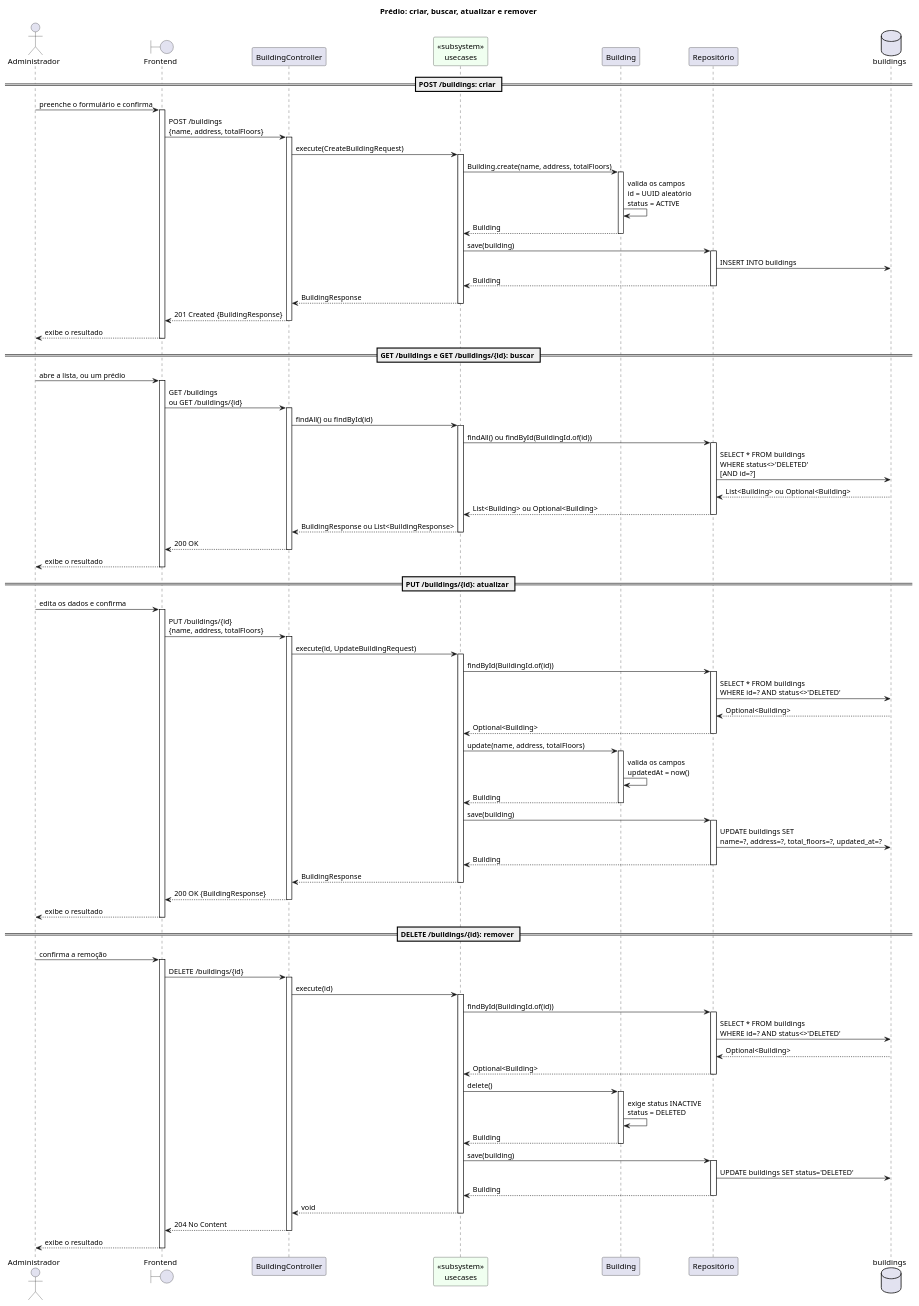
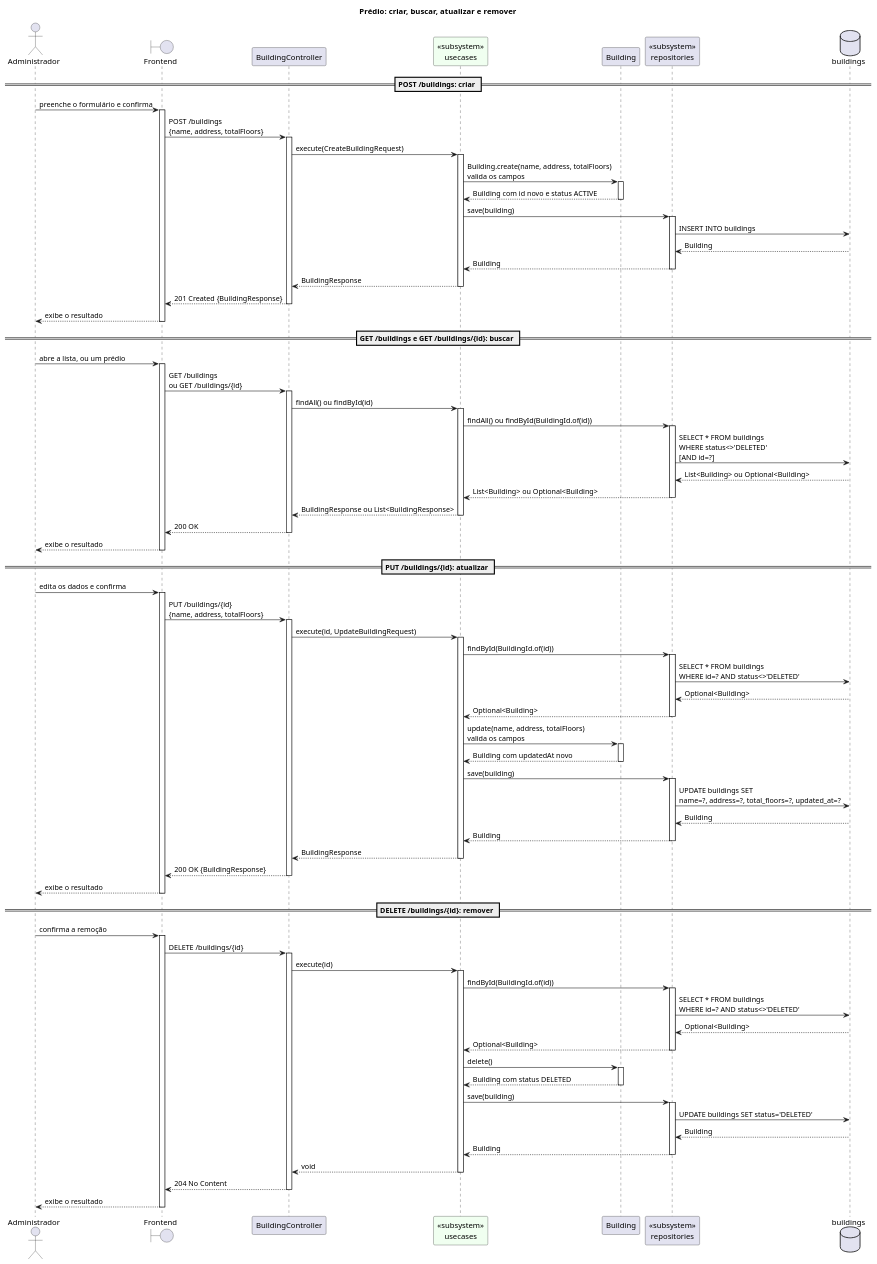
Before and after one commit to Neoguara/rooms-diagrams: the diagram in src/plantuml/sequencia/simples/building.puml, drawn with PlantUML. The commit also changed 5 other files, not shown here.

```diff
--- a/src/plantuml/sequencia/simples/building.puml
+++ b/src/plantuml/sequencia/simples/building.puml
@@ -1,152 +1,152 @@
 @startuml building_simples
 
 ' Recorte de prédio do módulo room, inteiro em um arquivo, no estilo simplista. Os
 ' diagramas completos continuam em sequencia/building/, e é lá que estão os desvios.
 '
 ' Quatro cortes em relação a eles:
-'   1. BuildingRepositoryPort e BuildingRepositoryImpl viram um participante só.
+'   1. Porta e implementação viram um participante só, tipado como «subsystem».
 '   2. Só o caminho de sucesso. Nenhum alt: os erros (404, 422) estão nos diagramas
 '      completos, e as guardas de status estão em estado/building_status.puml.
-'   3. Colaborador sem regra própria vira mensagem para si mesmo.
+'   3. Nenhuma mensagem para si mesmo: fluxo interno não é troca entre participantes.
 '   4. Ativação só em trecho reto, abrindo e fechando no mesmo nível.
 '
 ' A camada de caso de uso é uma raia só, tipada como «subsystem». Ela não representa uma
 ' classe: representa a camada. As classes estão em classe/simples/room/building.puml.
 '
 ' O PATCH /buildings/{id}/status fica de fora: as transições estão em
 ' estado/building_status.puml.
 
 title Prédio: criar, buscar, atualizar e remover
 
 actor "Administrador" as Ator
 boundary "Frontend" as FE
 participant "BuildingController" as Ctrl
 
 participant "<<subsystem>>\nusecases" as UC #F0FFF0
 
 participant "Building" as Entity
-participant "Repositório" as Repo
+participant "<<subsystem>>\nrepositories" as Repo
 database "buildings" as DB
 
 == POST /buildings: criar ==
 
 Ator -> FE: preenche o formulário e confirma
 activate FE
 FE -> Ctrl: POST /buildings\n{name, address, totalFloors}
 activate Ctrl
 Ctrl -> UC: execute(CreateBuildingRequest)
 activate UC
 
-UC -> Entity: Building.create(name, address, totalFloors)
+UC -> Entity: Building.create(name, address, totalFloors)\nvalida os campos
 activate Entity
-Entity -> Entity: valida os campos\nid = UUID aleatório\nstatus = ACTIVE
-Entity --> UC: Building
+Entity --> UC: Building com id novo e status ACTIVE
 deactivate Entity
 
 UC -> Repo: save(building)
 activate Repo
 Repo -> DB: INSERT INTO buildings
+DB --> Repo: Building
 Repo --> UC: Building
 deactivate Repo
 
 UC --> Ctrl: BuildingResponse
 deactivate UC
 Ctrl --> FE: 201 Created {BuildingResponse}
 deactivate Ctrl
 FE --> Ator: exibe o resultado
 deactivate FE
 
 == GET /buildings e GET /buildings/{id}: buscar ==
 
 Ator -> FE: abre a lista, ou um prédio
 activate FE
 FE -> Ctrl: GET /buildings\nou GET /buildings/{id}
 activate Ctrl
 Ctrl -> UC: findAll() ou findById(id)
 activate UC
 
 UC -> Repo: findAll() ou findById(BuildingId.of(id))
 activate Repo
 Repo -> DB: SELECT * FROM buildings\nWHERE status<>'DELETED'\n[AND id=?]
 DB --> Repo: List<Building> ou Optional<Building>
 Repo --> UC: List<Building> ou Optional<Building>
 deactivate Repo
 
 UC --> Ctrl: BuildingResponse ou List<BuildingResponse>
 deactivate UC
 Ctrl --> FE: 200 OK
 deactivate Ctrl
 FE --> Ator: exibe o resultado
 deactivate FE
 
 == PUT /buildings/{id}: atualizar ==
 
 Ator -> FE: edita os dados e confirma
 activate FE
 FE -> Ctrl: PUT /buildings/{id}\n{name, address, totalFloors}
 activate Ctrl
 Ctrl -> UC: execute(id, UpdateBuildingRequest)
 activate UC
 
 UC -> Repo: findById(BuildingId.of(id))
 activate Repo
 Repo -> DB: SELECT * FROM buildings\nWHERE id=? AND status<>'DELETED'
 DB --> Repo: Optional<Building>
 Repo --> UC: Optional<Building>
 deactivate Repo
 
-UC -> Entity: update(name, address, totalFloors)
+UC -> Entity: update(name, address, totalFloors)\nvalida os campos
 activate Entity
-Entity -> Entity: valida os campos\nupdatedAt = now()
-Entity --> UC: Building
+Entity --> UC: Building com updatedAt novo
 deactivate Entity
 
 UC -> Repo: save(building)
 activate Repo
 Repo -> DB: UPDATE buildings SET\nname=?, address=?, total_floors=?, updated_at=?
+DB --> Repo: Building
 Repo --> UC: Building
 deactivate Repo
 
 UC --> Ctrl: BuildingResponse
 deactivate UC
 Ctrl --> FE: 200 OK {BuildingResponse}
 deactivate Ctrl
 FE --> Ator: exibe o resultado
 deactivate FE
 
 == DELETE /buildings/{id}: remover ==
 
 Ator -> FE: confirma a remoção
 activate FE
 FE -> Ctrl: DELETE /buildings/{id}
 activate Ctrl
 Ctrl -> UC: execute(id)
 activate UC
 
 UC -> Repo: findById(BuildingId.of(id))
 activate Repo
 Repo -> DB: SELECT * FROM buildings\nWHERE id=? AND status<>'DELETED'
 DB --> Repo: Optional<Building>
 Repo --> UC: Optional<Building>
 deactivate Repo
 
 UC -> Entity: delete()
 activate Entity
-Entity -> Entity: exige status INACTIVE\nstatus = DELETED
-Entity --> UC: Building
+Entity --> UC: Building com status DELETED
 deactivate Entity
 
 UC -> Repo: save(building)
 activate Repo
 Repo -> DB: UPDATE buildings SET status='DELETED'
+DB --> Repo: Building
 Repo --> UC: Building
 deactivate Repo
 
 UC --> Ctrl: void
 deactivate UC
 Ctrl --> FE: 204 No Content
 deactivate Ctrl
 FE --> Ator: exibe o resultado
 deactivate FE
 
 @enduml
```
